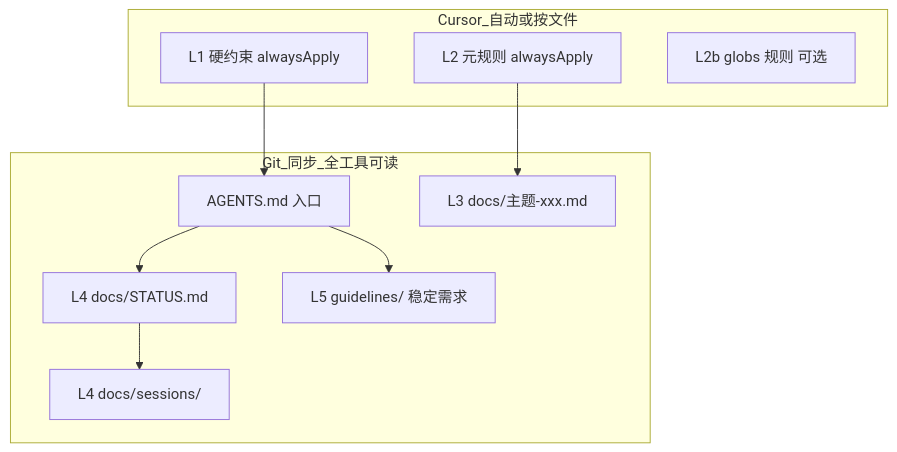
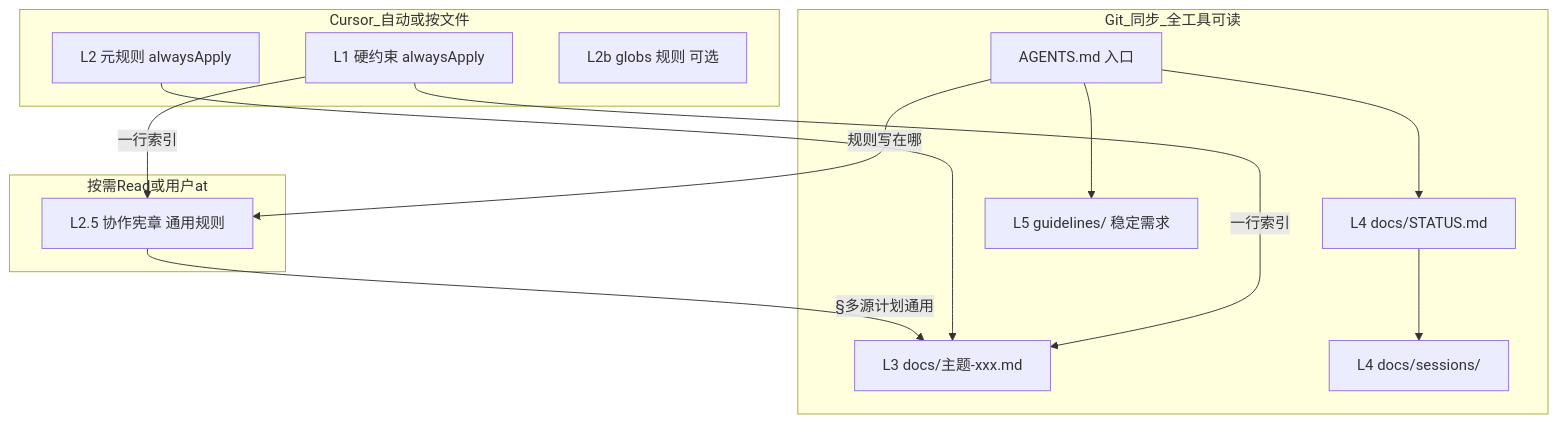
The diagram in .agents/skills/project-context/references/five-layer-architecture.md (Archie-Liao/archie-personal-site), drawn with Mermaid before and after one commit. The commit also changed other lines of this file and 26 other files, not shown here.

````diff
--- a/.agents/skills/project-context/references/five-layer-architecture.md
+++ b/.agents/skills/project-context/references/five-layer-architecture.md
@@ -5,22 +5,29 @@
 ```mermaid
 flowchart TB
   subgraph cursor [Cursor_自动或按文件]
     Gotchas["L1 硬约束 alwaysApply"]
     Conventions["L2 元规则 alwaysApply"]
     Globs["L2b globs 规则 可选"]
+  end
+
+  subgraph manual [按需Read或用户at]
+    Charter["L2.5 协作宪章 通用规则"]
   end
 
   subgraph repo [Git_同步_全工具可读]
     Agents["AGENTS.md 入口"]
     TopicDocs["L3 docs/主题-xxx.md"]
     Status["L4 docs/STATUS.md"]
     Sessions["L4 docs/sessions/"]
     Guidelines["L5 guidelines/ 稳定需求"]
   end
 
-  Gotchas --> Agents
+  Gotchas -->|"一行索引"| Charter
+  Gotchas -->|"一行索引"| TopicDocs
+  Agents -->|"规则写在哪"| Charter
   Conventions --> TopicDocs
   Agents --> Status
   Status --> Sessions
   Agents --> Guidelines
+  Charter -->|"§多源计划通用"| TopicDocs
 ```
````
